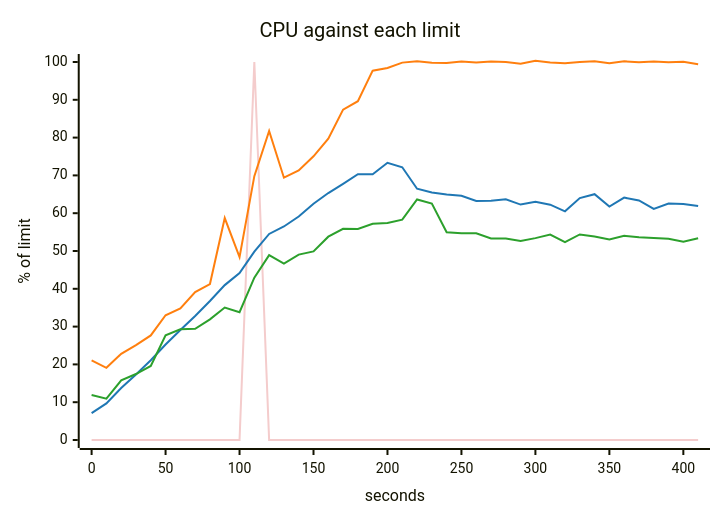
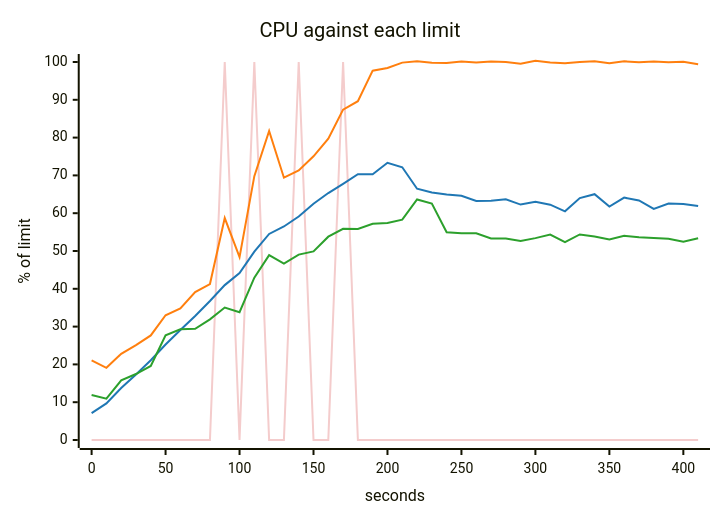
One commit to akinfemi/load-lore changed the fifth of 5 diagrams in scenarios/single-postgres-breaking-point/solutions/one-query-per-page/report.md. Above: the diagram before and after it, drawn with Mermaid. The commit also changed other lines of this file and 6 other files, not shown here.

````diff
--- a/scenarios/single-postgres-breaking-point/solutions/one-query-per-page/report.md
+++ b/scenarios/single-postgres-breaking-point/solutions/one-query-per-page/report.md
@@ -96,17 +97,17 @@
 ```mermaid
 ---
 config:
   themeVariables:
     xyChart:
       backgroundColor: "transparent"
       plotColorPalette: "#f4cccc, #1f77b4, #ff7f0e, #2ca02c"
 ---
 xychart-beta
     title "CPU against each limit"
     x-axis "seconds" 0 --> 410
     y-axis "% of limit" 0 --> 100
-    line [0, 0, 0, 0, 0, 0, 0, 0, 0, 0, 0, 100, 0, 0, 0, 0, 0, 0, 0, 0, 0, 0, 0, 0, 0, 0, 0, 0, 0, 0, 0, 0, 0, 0, 0, 0, 0, 0, 0, 0, 0, 0]
+    line [0, 0, 0, 0, 0, 0, 0, 0, 0, 100, 0, 100, 0, 0, 100, 0, 0, 100, 0, 0, 0, 0, 0, 0, 0, 0, 0, 0, 0, 0, 0, 0, 0, 0, 0, 0, 0, 0, 0, 0, 0, 0]
     line [7.109, 9.675, 13.749, 17.347, 21.118, 25.277, 29.114, 32.825, 36.778, 40.978, 44.141, 49.846, 54.513, 56.48, 59.126, 62.493, 65.331, 67.763, 70.303, 70.285, 73.348, 72.153, 66.479, 65.493, 64.919, 64.597, 63.23, 63.266, 63.67, 62.278, 63.028, 62.257, 60.504, 63.989, 65.034, 61.769, 64.124, 63.36, 61.135, 62.555, 62.463, 61.893]
     line [21.05, 19.103, 22.8, 25.104, 27.659, 33.01, 34.828, 39.137, 41.25, 58.715, 48.375, 69.806, 81.751, 69.391, 71.332, 75.057, 79.704, 87.394, 89.638, 97.706, 98.42, 99.836, 100.178, 99.816, 99.744, 100.114, 99.88, 100.13, 100.017, 99.565, 100.331, 99.877, 99.647, 99.983, 100.183, 99.669, 100.194, 99.926, 100.113, 99.959, 100.036, 99.415]
     line [11.889, 10.945, 15.763, 17.455, 19.589, 27.703, 29.299, 29.425, 31.922, 35.029, 33.814, 42.933, 48.898, 46.655, 49.046, 49.906, 53.789, 55.875, 55.835, 57.197, 57.433, 58.295, 63.621, 62.566, 54.969, 54.694, 54.697, 53.301, 53.321, 52.655, 53.41, 54.332, 52.341, 54.387, 53.845, 53.059, 54.004, 53.617, 53.453, 53.25, 52.451, 53.349]
 ```
````
